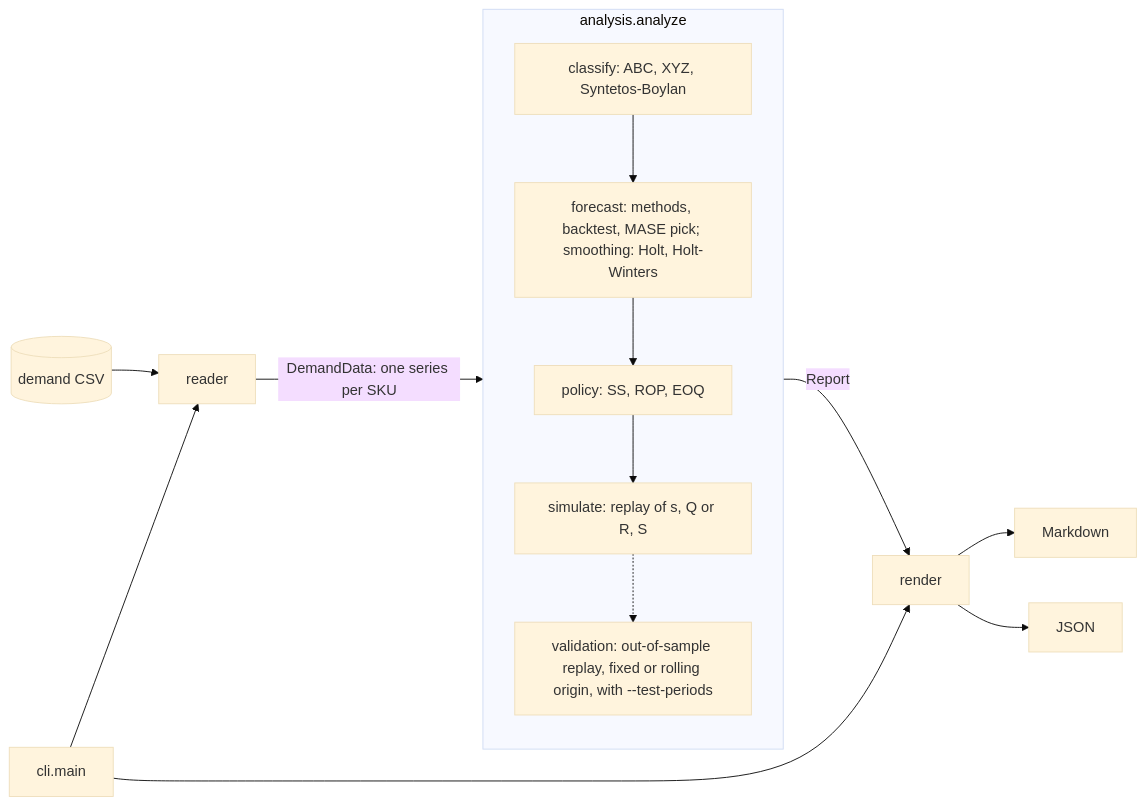
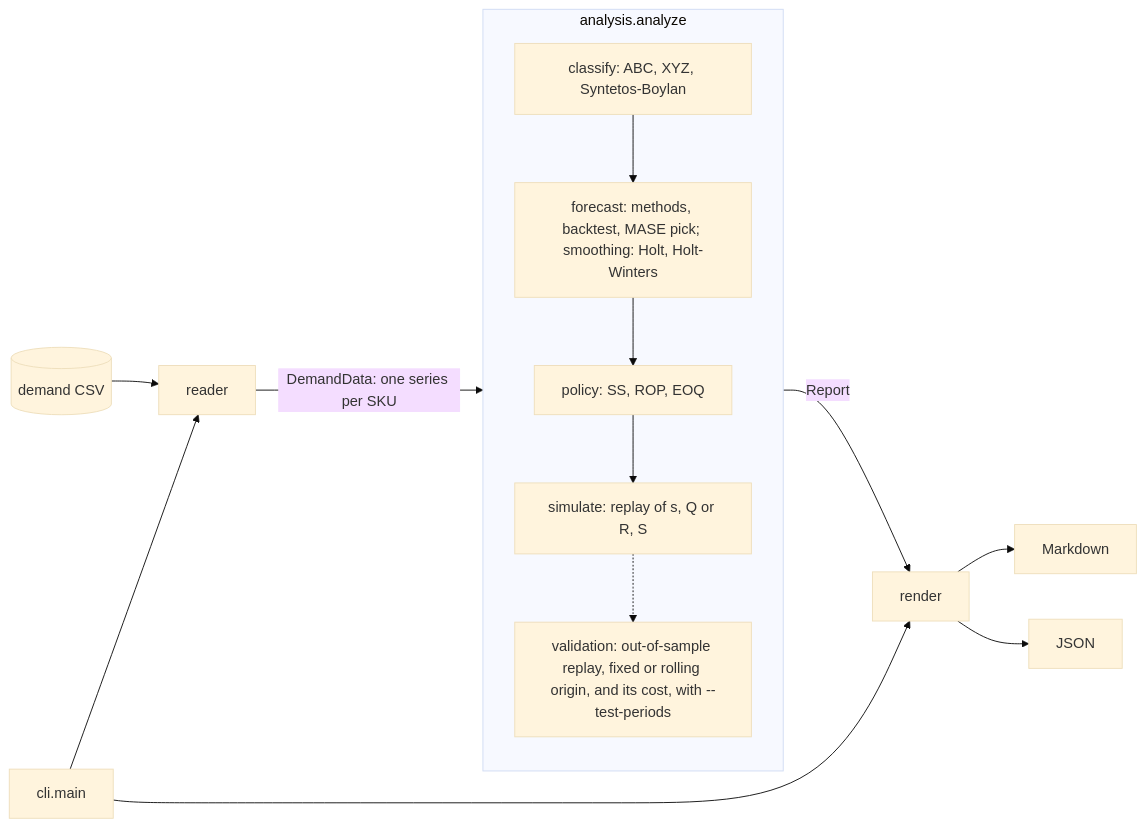
The diagram in README.md (rodrix91/inventory-policy-lab), drawn with Mermaid (base theme) before and after one commit. The commit also changed other lines of this file and 9 other files, not shown here.

First line of the commit message:
Price the out-of-sample replay with order, holding and stockout costs

````diff
--- a/README.md
+++ b/README.md
@@ -548,19 +559,19 @@
 ```mermaid
 flowchart LR
     CSV[(demand CSV)] --> reader
     reader -->|DemandData: one series per SKU| analysis
     subgraph analysis [analysis.analyze]
         classify[classify: ABC, XYZ, Syntetos-Boylan]
         forecast[forecast: methods, backtest, MASE pick; smoothing: Holt, Holt-Winters]
         policy[policy: SS, ROP, EOQ]
         simulate[simulate: replay of s, Q or R, S]
-        validation[validation: out-of-sample replay, fixed or rolling origin, with --test-periods]
+        validation[validation: out-of-sample replay, fixed or rolling origin, and its cost, with --test-periods]
         classify --> forecast --> policy --> simulate
         simulate -.-> validation
     end
     analysis -->|Report| render
     render --> MD[Markdown]
     render --> JSON[JSON]
     cli[cli.main] --> reader
     cli --> render
 ```
````
